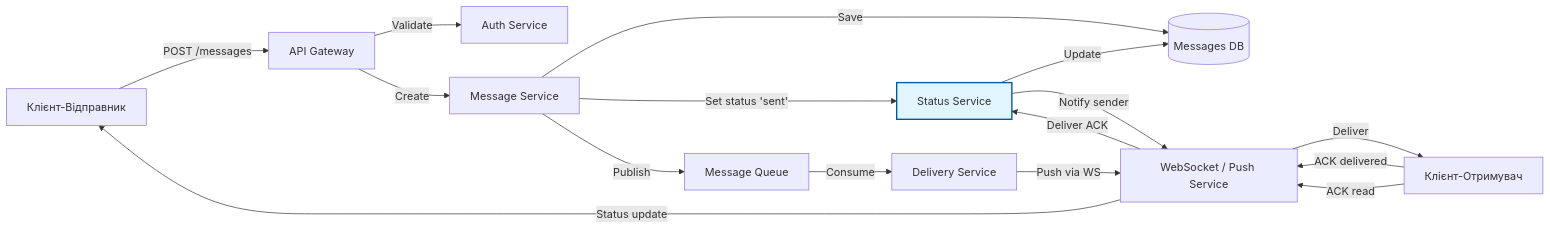
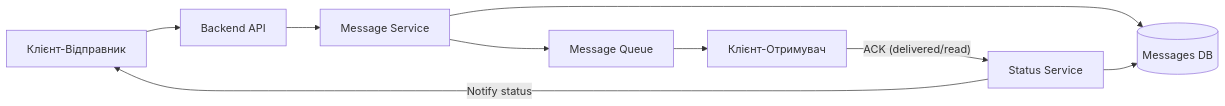
The first of 3 diagrams in README.md (artembaranovsky1/Software-Design-and-Documentation_lab-1.1), drawn with Mermaid before and after one commit.

````diff
--- a/README.md
+++ b/README.md
@@ -4,44 +4,25 @@
 ```mermaid
 graph LR
-    %% Клієнтська сторона
-    C1[Клієнт-Відправник]
-    C2[Клієнт-Отримувач]
+    %% Клієнти
+    Sender[Клієнт-Відправник]
+    Receiver[Клієнт-Отримувач]
 
-    %% Точка входу та сервіси
-    API[API Gateway]
-    Auth[Auth Service]
+    %% Основні компоненти
+    API[Backend API]
     MS[Message Service]
     SS[Status Service]
+    DB[(Messages DB)]
+    Queue[Message Queue]
 
-    %% Черга та надійна доставка
-    MQ[Message Queue]
-    DS[Delivery Service]
-    WS[WebSocket / Push Service]
+    %% Шлях повідомлення
+    Sender --> API
+    API --> MS
+    MS --> DB
+    MS --> Queue
+    Queue --> Receiver
 
-    %% Зберігання даних
-    DB[(Messages DB)]
-
-    %% Основний потік: відправлення
-    C1 -- "POST /messages" --> API
-    API -- "Validate" --> Auth
-    API -- "Create" --> MS
-    MS -- "Save" --> DB
-    MS -- "Set status 'sent'" --> SS
-    MS -- "Publish" --> MQ
-    MQ -- "Consume" --> DS
-    DS -- "Push via WS" --> WS
-    WS -- "Deliver" --> C2
-
-    %% Потік підтверджень: статуси
-    C2 -- "ACK delivered" --> WS
-    WS -- "Deliver ACK" --> SS
-    C2 -- "ACK read" --> WS
-    
-    %% Оновлення та сповіщення про статус
-    SS -- "Update" --> DB
-    SS -- "Notify sender" --> WS
-    WS -- "Status update" --> C1
-
-    %% Стилізація для виділення Status Service (центр твого завдання)
-    style SS fill:#e1f5fe,stroke:#01579b,stroke-width:2px
+    %% Шлях статусів (ACKs)
+    Receiver -- "ACK (delivered/read)" --> SS
+    SS --> DB
+    SS -- "Notify status" --> Sender
 ```
````
